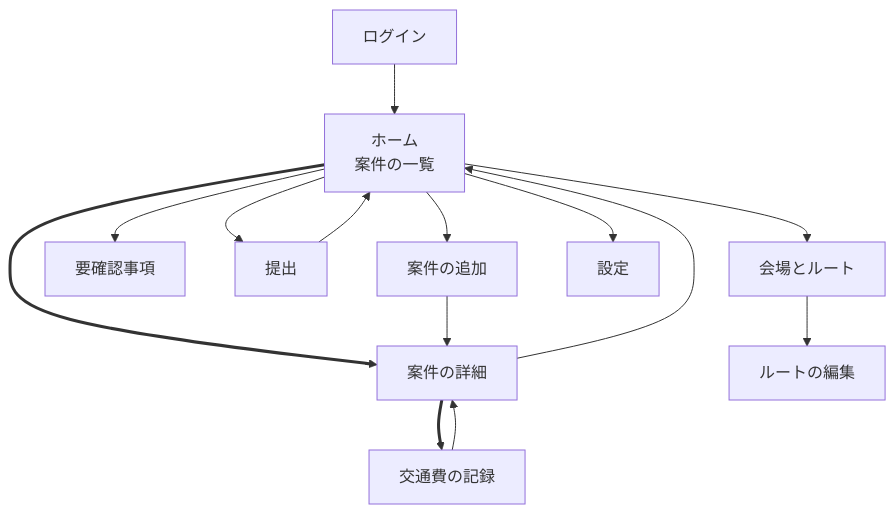
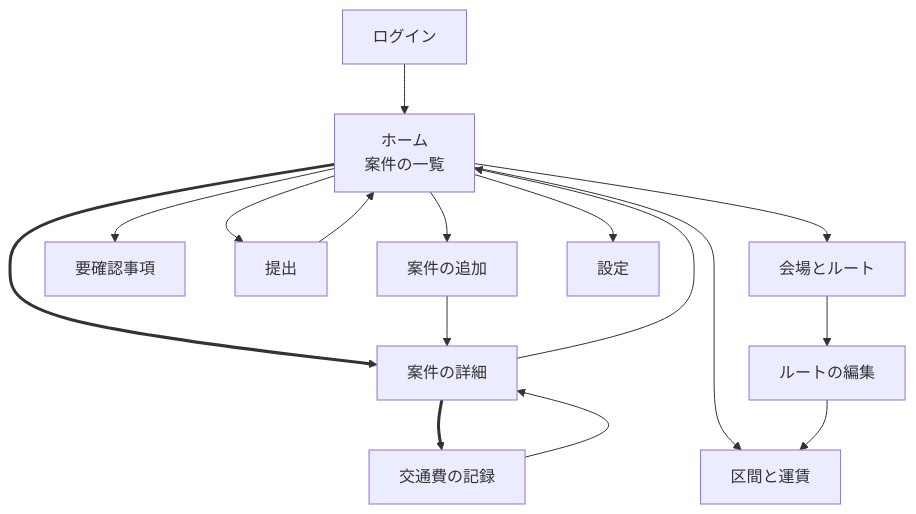
One commit to tk-media-code/expense-claim changed the diagram in docs/design/screens.md. Above: the diagram before and after it, drawn with Mermaid. The commit also changed other lines of this file and 7 other files, not shown here.

````diff
--- a/docs/design/screens.md
+++ b/docs/design/screens.md
@@ -22,26 +22,28 @@
 ```mermaid
 flowchart TD
     login["ログイン"] --> home
 
     home["ホーム<br/>案件の一覧"]
 
     home --> detail["案件の詳細"]
     home --> add["案件の追加"]
     home --> attention["要確認事項"]
     home --> submit["提出"]
     home --> venues["会場とルート"]
+    home --> segments["区間と運賃"]
     home --> settings["設定"]
 
     detail --> record["交通費の記録"]
     detail --> home
 
     venues --> routeEdit["ルートの編集"]
+    routeEdit --> segments
 
     record --> detail
 
     submit --> home
     add --> detail
 
     linkStyle 1 stroke-width:3px
-    linkStyle 7 stroke-width:3px
+    linkStyle 8 stroke-width:3px
 ```
````
